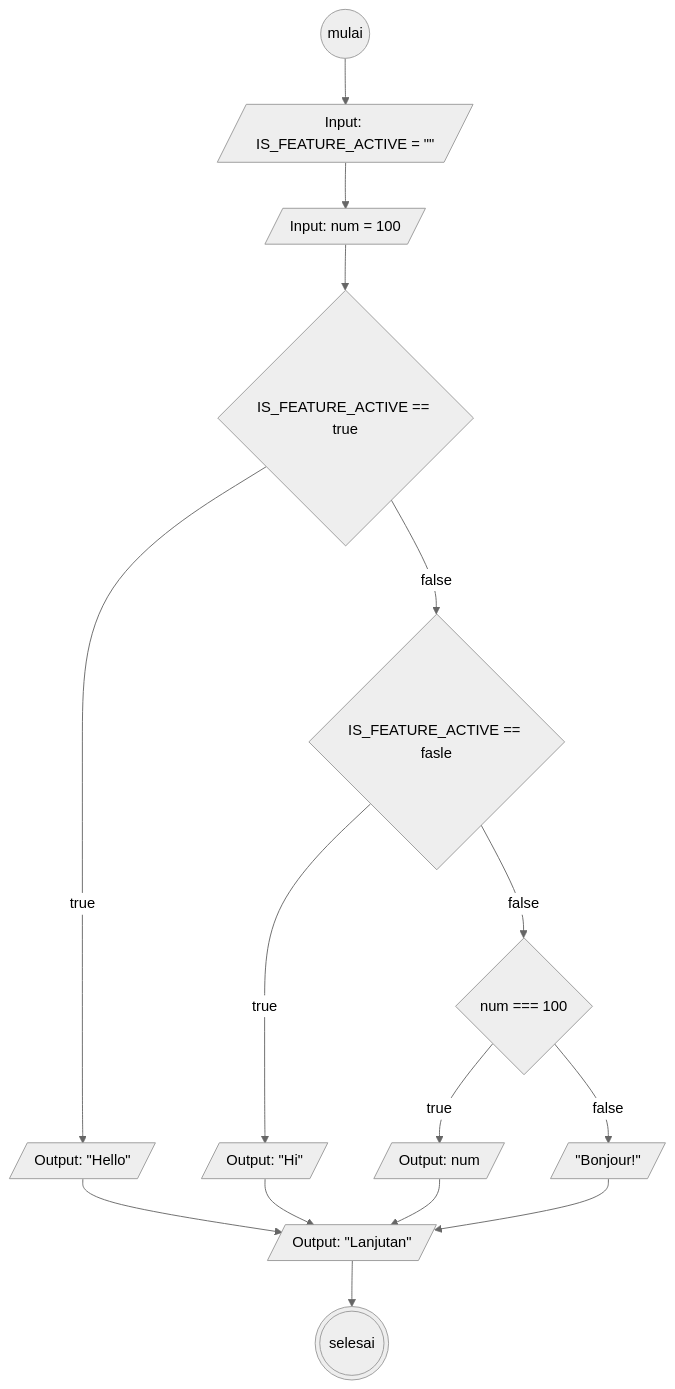
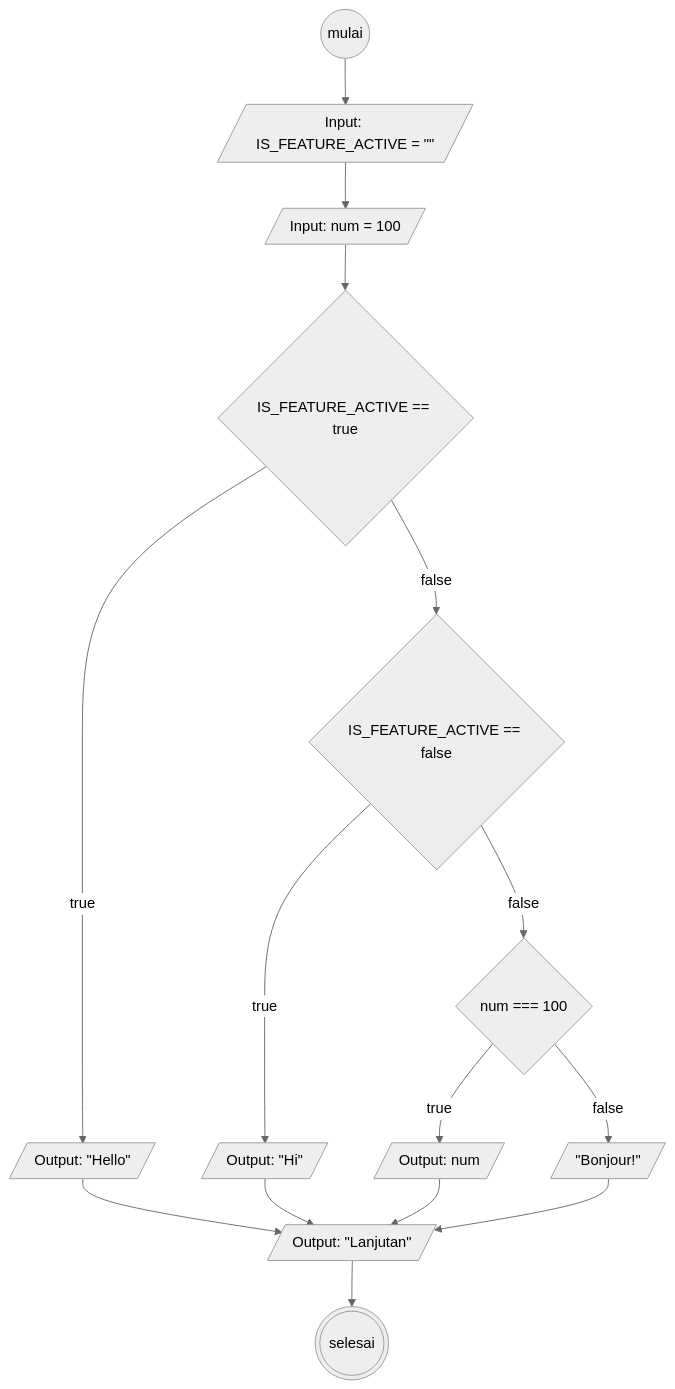
Before and after one commit to alhilalfathi/koda-b6-javascript1: the diagram in flowchart-switch.md, drawn with Mermaid (neutral theme).

````diff
--- a/flowchart-switch.md
+++ b/flowchart-switch.md
@@ -1,24 +1,24 @@
 ```mermaid
 flowchart TD
     mulai@{ shape: circle}
     input@{ shape: lean-r, label: "Input: IS_FEATURE_ACTIVE = #quot;#quot;"}
     input2@{ shape: lean-r, label: "Input: num = 100"}
     
     case1@{ shape: diamond, label: "IS_FEATURE_ACTIVE == true"}
     case1True@{ shape: lean-r, label: "Output: #quot;Hello#quot;"}
-    case2@{ shape: diamond, label: "IS_FEATURE_ACTIVE == fasle"}
+    case2@{ shape: diamond, label: "IS_FEATURE_ACTIVE == false"}
     case2True@{ shape: lean-r, label: "Output: #quot;Hi#quot;"}
     default@{ shape: diamond, label: "num === 100"}
     ifTrue@{ shape: lean-r, label: "Output: num"}
     ifFalse@{ shape: lean-r, label: "#quot;Bonjour!#quot;"}
     selesai@{ shape: dbl-circ}
     output@{ shape: lean-r, label: "Output: #quot;Lanjutan#quot;"}
 
 mulai-->input-->input2-->case1
 case1--true-->case1True-->output-->selesai
 case1--false-->case2
 case2--true-->case2True-->output
 case2--false-->default
 default--true-->ifTrue-->output
 default--false-->ifFalse-->output
 ```
````
